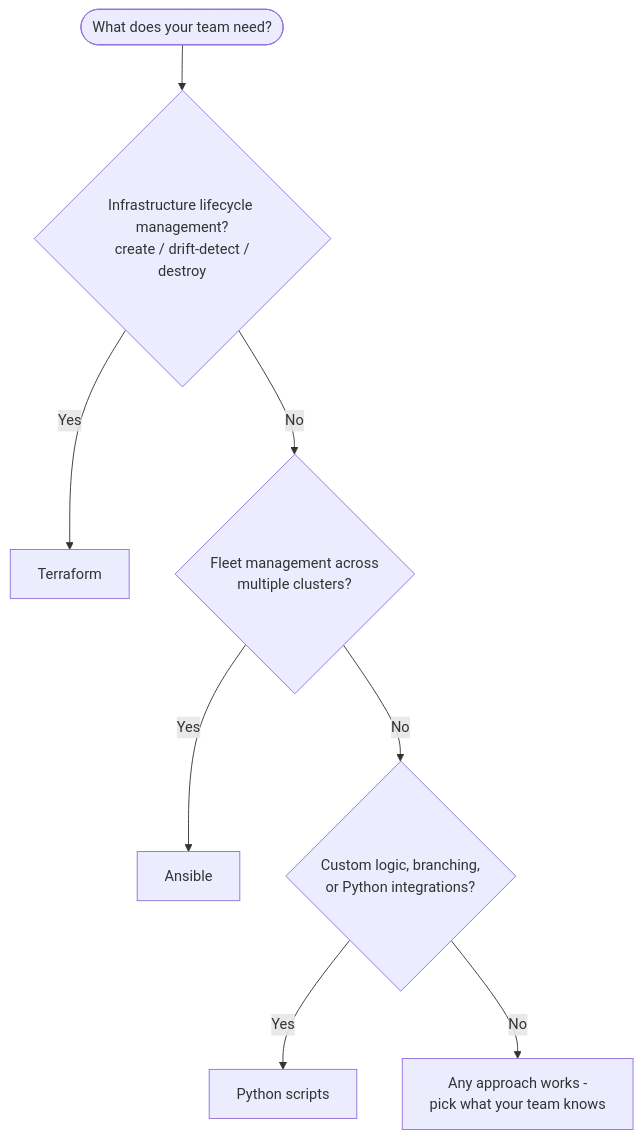
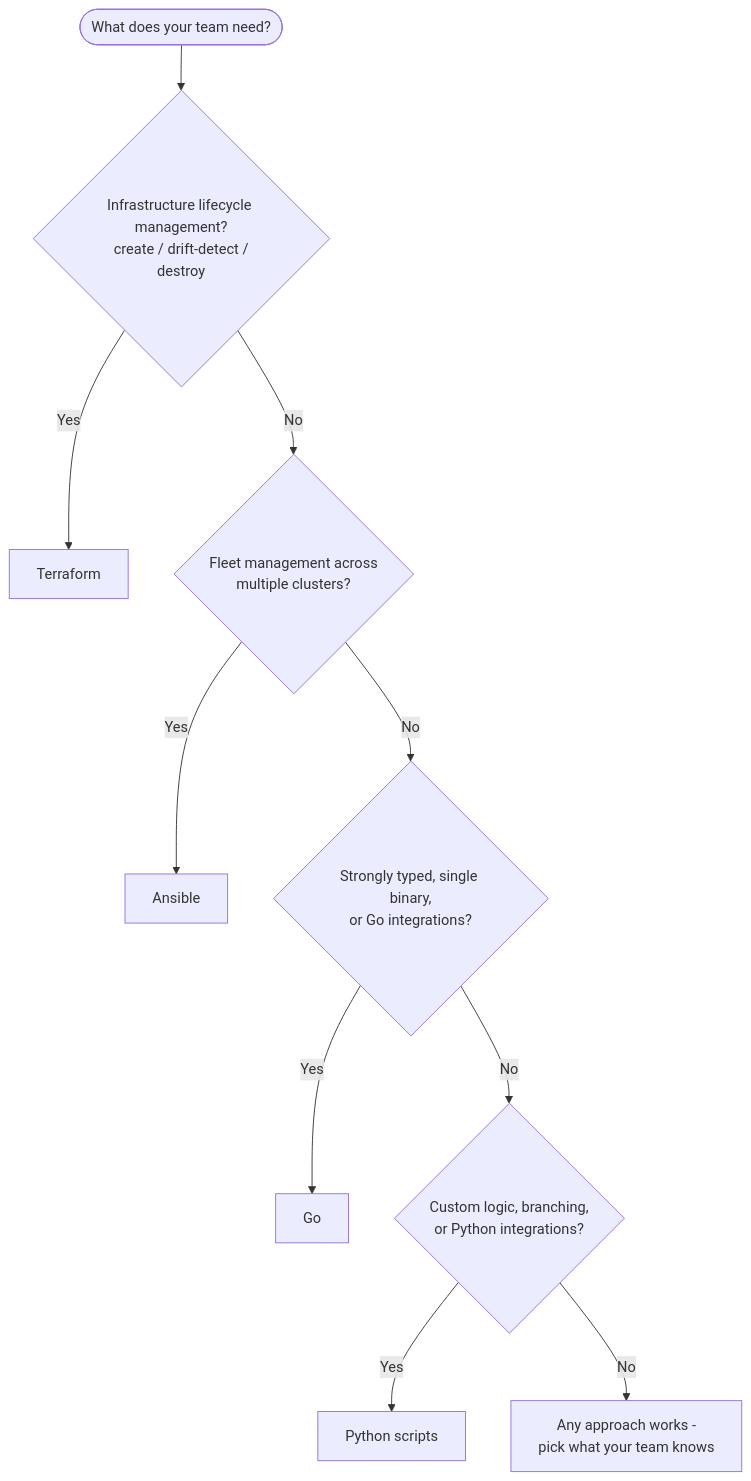
One commit to NetApp/pace changed the diagram in docs/choosing-an-approach.md. Above: the diagram before and after it, drawn with Mermaid. The commit also changed other lines of this file and 17 other files, not shown here.

````diff
--- a/docs/choosing-an-approach.md
+++ b/docs/choosing-an-approach.md
@@ -12,10 +12,12 @@
 ```mermaid
 flowchart TD
     Start([What does your team need?]) --> Q1{Infrastructure lifecycle management?\n create / drift-detect / destroy}
     Q1 -->|Yes| Terraform[Terraform]
     Q1 -->|No| Q2{Fleet management across\nmultiple clusters?}
     Q2 -->|Yes| Ansible[Ansible]
-    Q2 -->|No| Q3{Custom logic, branching,\nor Python integrations?}
-    Q3 -->|Yes| Python[Python scripts]
-    Q3 -->|No| Any[Any approach works -\npick what your team knows]
+    Q2 -->|No| Q3{Strongly typed, single binary,\nor Go integrations?}
+    Q3 -->|Yes| Go[Go]
+    Q3 -->|No| Q4{Custom logic, branching,\nor Python integrations?}
+    Q4 -->|Yes| Python[Python scripts]
+    Q4 -->|No| Any[Any approach works -\npick what your team knows]
 ```
````
